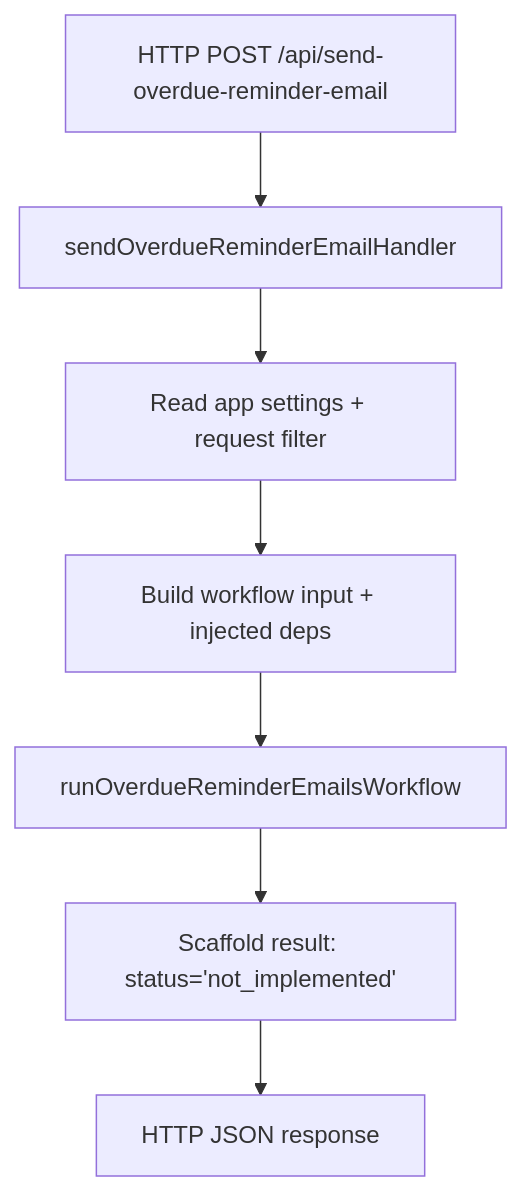
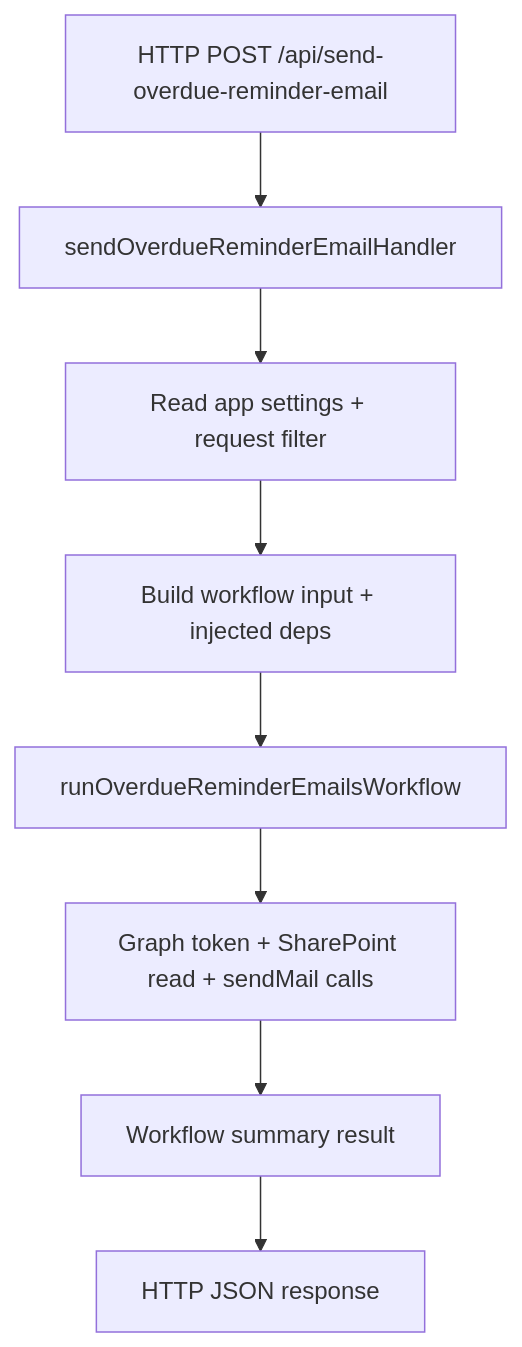
One commit to alexCikos/azFuncTemplate changed the diagram in invoice-tracker-functions/src/functions/sendOverdueReminderEmails/README.md. Above: the diagram before and after it, drawn with Mermaid. The commit also changed other lines of this file and 3 other files, not shown here.

````diff
--- a/invoice-tracker-functions/src/functions/sendOverdueReminderEmails/README.md
+++ b/invoice-tracker-functions/src/functions/sendOverdueReminderEmails/README.md
@@ -35,9 +35,10 @@
 ```mermaid
 flowchart TD
   A["HTTP POST /api/send-overdue-reminder-email"] --> B["sendOverdueReminderEmailHandler"]
   B --> C["Read app settings + request filter"]
   C --> D["Build workflow input + injected deps"]
   D --> E["runOverdueReminderEmailsWorkflow"]
-  E --> F["Scaffold result: status='not_implemented'"]
-  F --> G["HTTP JSON response"]
+  E --> F["Graph token + SharePoint read + sendMail calls"]
+  F --> G["Workflow summary result"]
+  G --> H["HTTP JSON response"]
 ```
````
